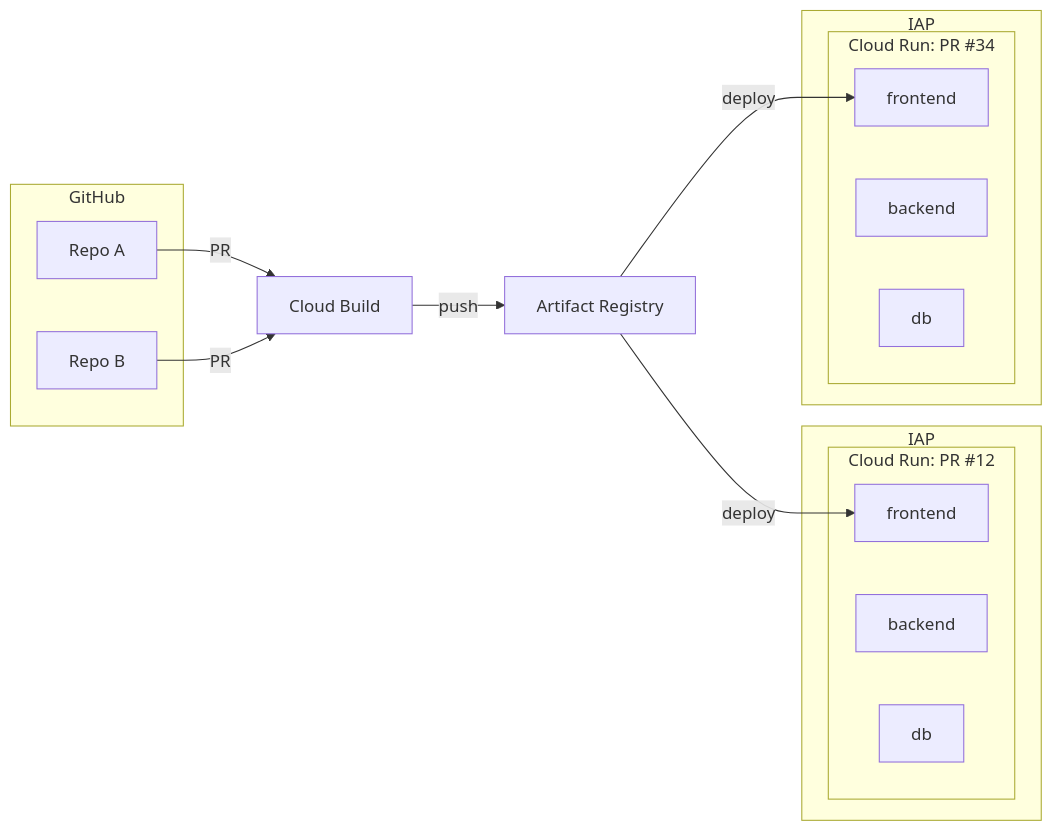
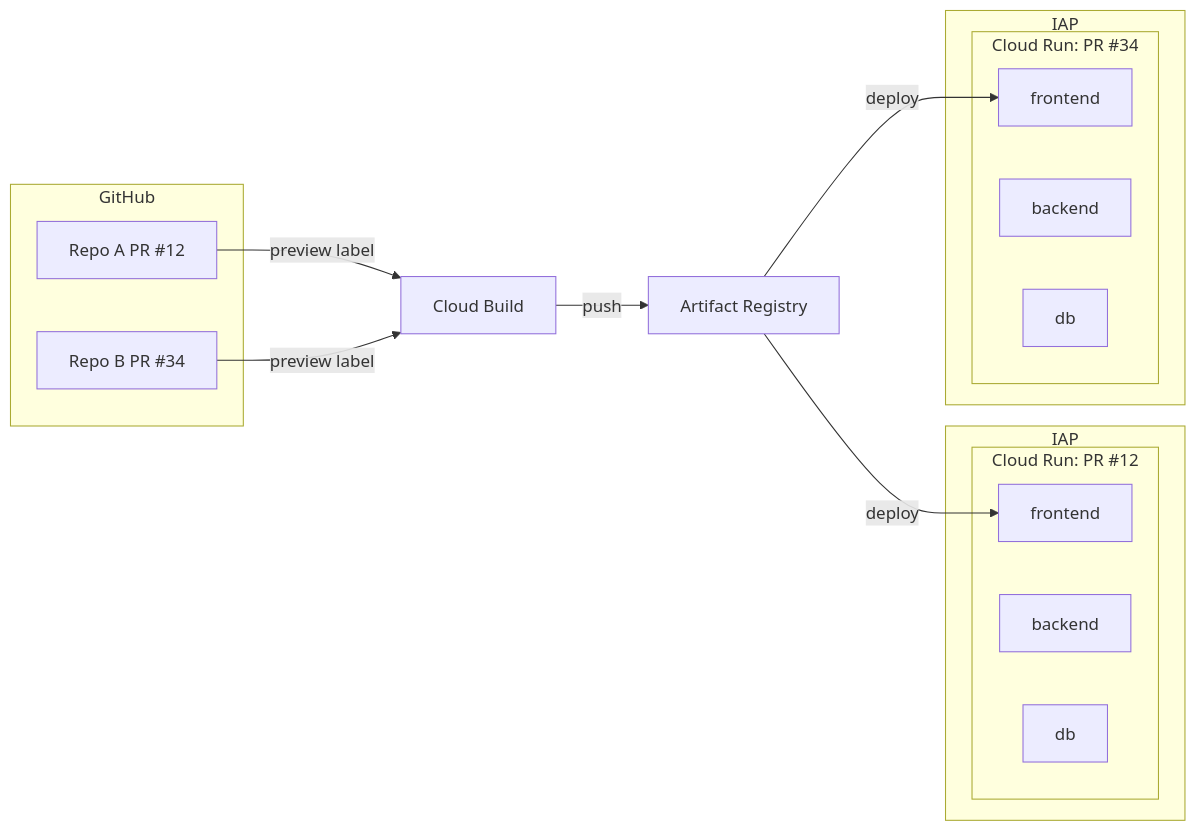
The diagram in README.md (gawakawa/prenv), drawn with Mermaid before and after one commit.

Commit message:
:art: Align PR numbers between trigger and Cloud Run nodes

````diff
--- a/README.md
+++ b/README.md
@@ -9,29 +9,29 @@
 ```mermaid
 flowchart LR
     subgraph "GitHub"
-        repoA[Repo A]
-        repoB[Repo B]
+        repoA["Repo A PR #12"]
+        repoB["Repo B PR #34"]
     end
 
-    repoA -->|PR| build[Cloud Build]
-    repoB -->|PR| build
+    repoA -->|preview label| build[Cloud Build]
+    repoB -->|preview label| build
     build -->|push| ar[Artifact Registry]
 
     subgraph iapA["IAP"]
         subgraph "Cloud Run: PR #12"
             f1[frontend]
             b1[backend]
             d1[db]
         end
     end
     subgraph iapB["IAP"]
         subgraph "Cloud Run: PR #34"
             f2[frontend]
             b2[backend]
             d2[db]
         end
     end
 
     ar -->|deploy| f1
     ar -->|deploy| f2
 ```
````
